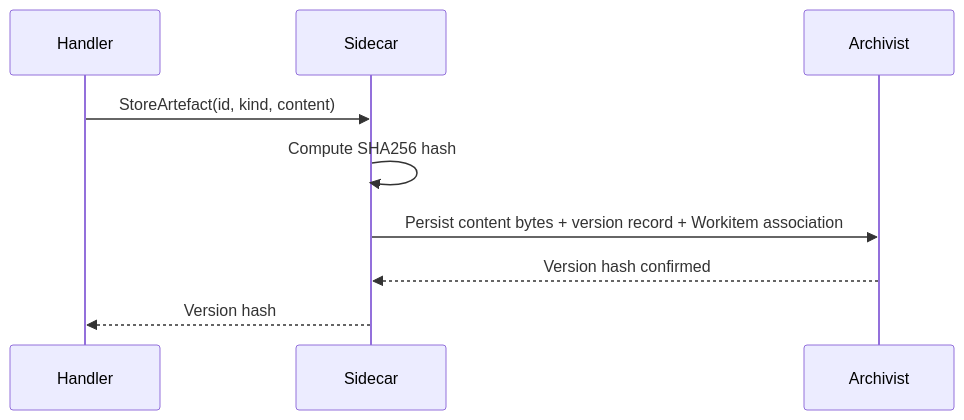
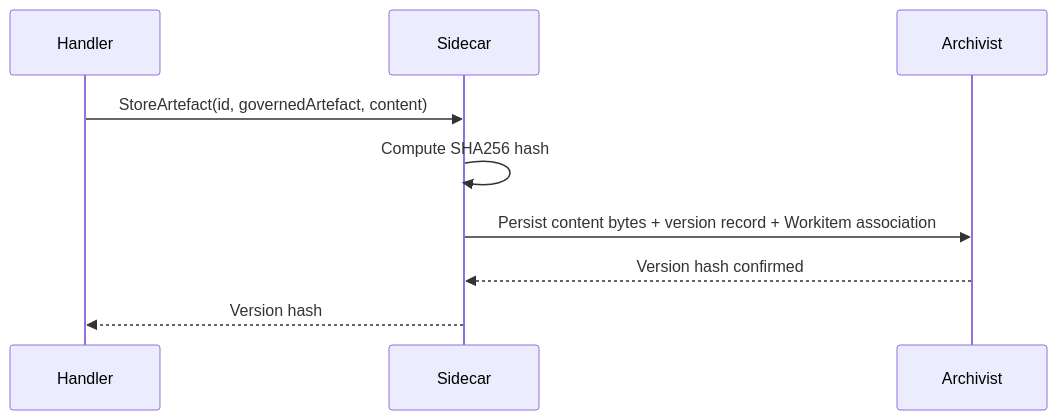
Before and after one commit to really-knows-ai/gideas: the diagram in specs/04-sdk/02-sdk-artefacts.md, drawn with Mermaid. The commit also changed other lines of this file and 59 other files, not shown here.

First line of the commit message:
refactor: remove spec.kind from GovernedArtefact, rename proto kind to governed_artefact

````diff
--- a/specs/04-sdk/02-sdk-artefacts.md
+++ b/specs/04-sdk/02-sdk-artefacts.md
@@ -56,12 +56,12 @@
 ```mermaid
 sequenceDiagram
     participant HD as Handler
     participant SC as Sidecar
     participant AR as Archivist
 
-    HD->>SC: StoreArtefact(id, kind, content)
+    HD->>SC: StoreArtefact(id, governedArtefact, content)
     SC->>SC: Compute SHA256 hash
     SC->>AR: Persist content bytes + version record + Workitem association
     AR-->>SC: Version hash confirmed
     SC-->>HD: Version hash
 ```
````
